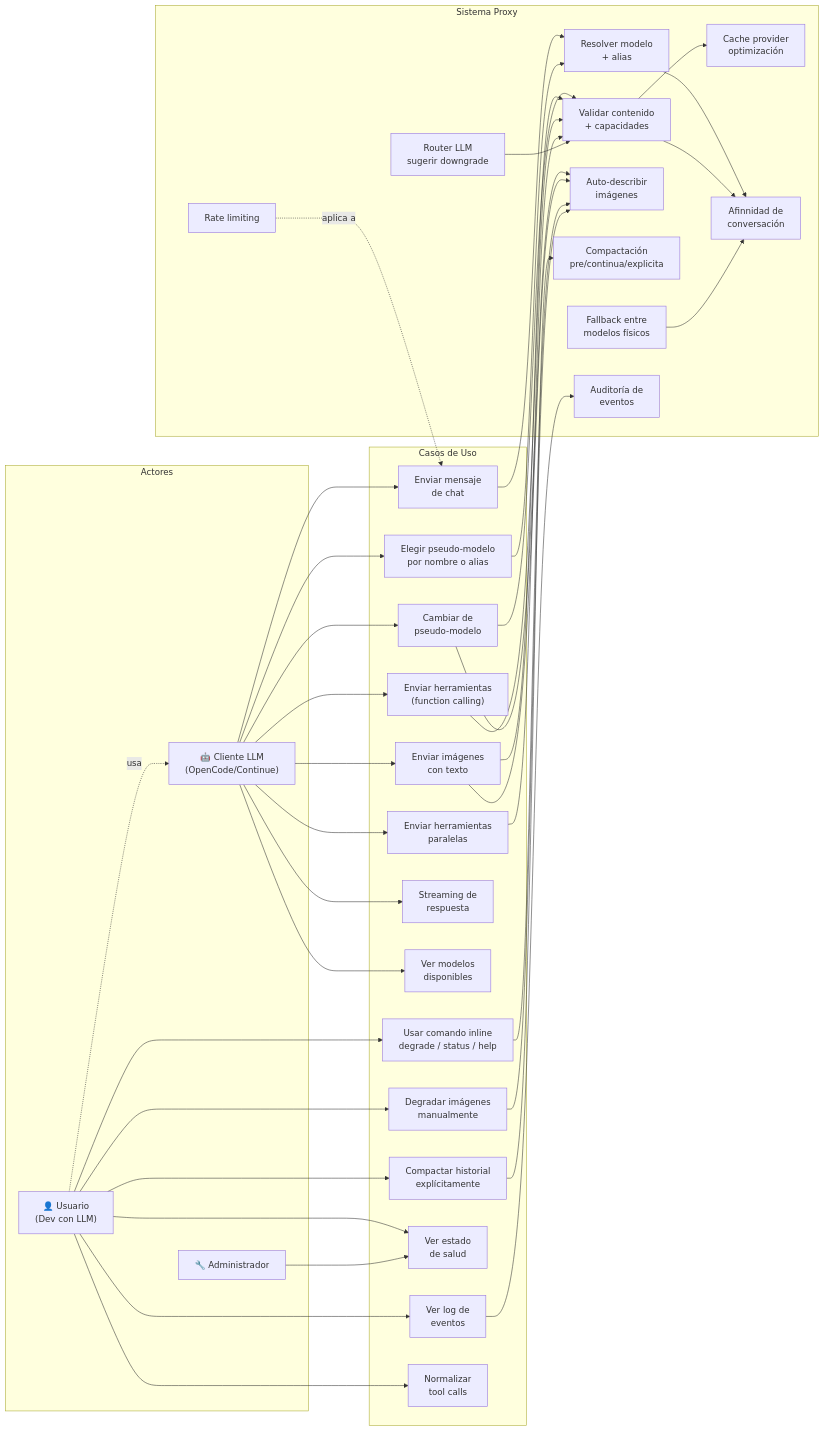
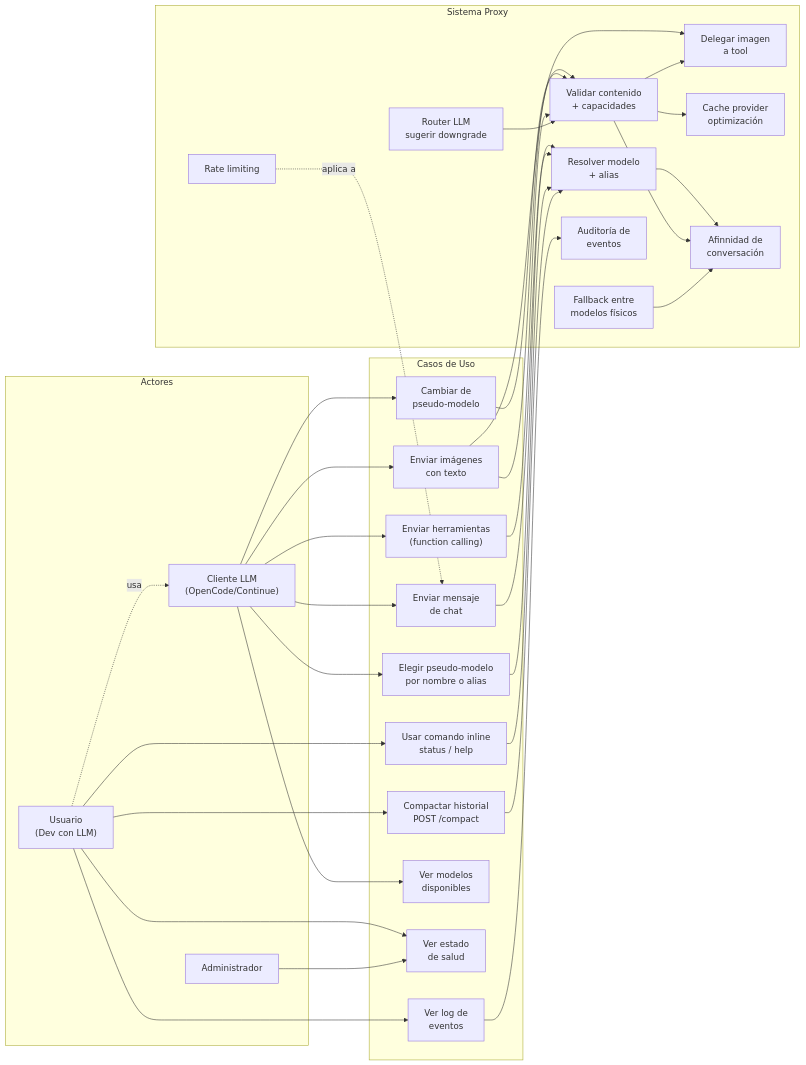
The seventh of 12 diagrams in diagramas.md (CesarGuzmanLopez/proxy-cesar), drawn with Mermaid before and after one commit. The commit also changed other lines of this file and 40 other files, not shown here.

First line of the commit message:
refactor: remove auto-compaction, add image→tool delegation, KeyVault streaming

````diff
--- a/diagramas.md
+++ b/diagramas.md
@@ -460,61 +438,56 @@
 ```mermaid
 flowchart LR
     subgraph Usuarios["Actores"]
-        U1["👤 Usuario<br/>(Dev con LLM)"]
-        U2["🤖 Cliente LLM<br/>(OpenCode/Continue)"]
-        U3["🔧 Administrador"]
+        U1["Usuario<br/>(Dev con LLM)"]
+        U2["Cliente LLM<br/>(OpenCode/Continue)"]
+        U3["Administrador"]
     end
     
     subgraph CasosDeUso["Casos de Uso"]
         UC1["Enviar mensaje<br/>de chat"]
         UC2["Elegir pseudo-modelo<br/>por nombre o alias"]
         UC3["Cambiar de<br/>pseudo-modelo"]
         UC4["Enviar imágenes<br/>con texto"]
         UC5["Enviar herramientas<br/>(function calling)"]
-        UC6["Enviar herramientas<br/>paralelas"]
-        UC7["Streaming de<br/>respuesta"]
+        UC6["Usar comando inline<br/>status / help"]
+        UC7["Compactar historial<br/>POST /compact"]
         UC8["Ver modelos<br/>disponibles"]
-        UC9["Usar comando inline<br/>degrade / status / help"]
-        UC10["Compactar historial<br/>explícitamente"]
-        UC11["Degradar imágenes<br/>manualmente"]
-        UC12["Ver estado<br/>de salud"]
-        UC13["Ver log de<br/>eventos"]
-        UC14["Normalizar<br/>tool calls"]
+        UC9["Ver estado<br/>de salud"]
+        UC10["Ver log de<br/>eventos"]
     end
 
     subgraph Sistema["Sistema Proxy"]
         P1["Resolver modelo<br/>+ alias"]
         P2["Validar contenido<br/>+ capacidades"]
-        P3["Auto-describir<br/>imágenes"]
-        P4["Compactación<br/>pre/continua/explicita"]
-        P5["Router LLM<br/>sugerir downgrade"]
-        P6["Fallback entre<br/>modelos físicos"]
-        P7["Cache provider<br/>optimización"]
-        P8["Afinnidad de<br/>conversación"]
-        P9["Rate limiting"]
-        P10["Auditoría de<br/>eventos"]
+        P2b["Delegar imagen<br/>a tool"]
+        P3["Router LLM<br/>sugerir downgrade"]
+        P4["Fallback entre<br/>modelos físicos"]
+        P5["Cache provider<br/>optimización"]
+        P6["Afinnidad de<br/>conversación"]
+        P7["Rate limiting"]
+        P8["Auditoría de<br/>eventos"]
     end
 
     U1 -.->|usa| U2
-    U2 --> UC1 & UC2 & UC3 & UC4 & UC5 & UC6 & UC7 & UC8
-    U1 --> UC9 & UC10 & UC11 & UC12 & UC13 & UC14
-    U3 --> UC12
+    U2 --> UC1 & UC2 & UC3 & UC4 & UC5 & UC8
+    U1 --> UC6 & UC7 & UC9 & UC10
+    U3 --> UC9
     
     UC1 --> P1
     UC2 --> P1
-    UC3 --> P2 & P3
-    UC4 --> P2 & P3
+    UC3 --> P2
+    UC4 --> P2
+    UC4 --> P2b
     UC5 --> P2
-    UC6 --> P2
-    UC9 --> P3
-    UC10 --> P4
-    UC11 --> P3
-    UC13 --> P10
+    UC6 --> P1
+    UC7 --> P1
+    UC10 --> P8
     
-    P1 --> P8
-    P2 --> P7
-    P2 --> P8
-    P5 --> P2
-    P6 --> P8
-    P9 -.->|aplica a| UC1
+    P1 --> P6
+    P2 --> P2b
+    P2 --> P5
+    P2 --> P6
+    P3 --> P2
+    P4 --> P6
+    P7 -.->|aplica a| UC1
 ```
````
